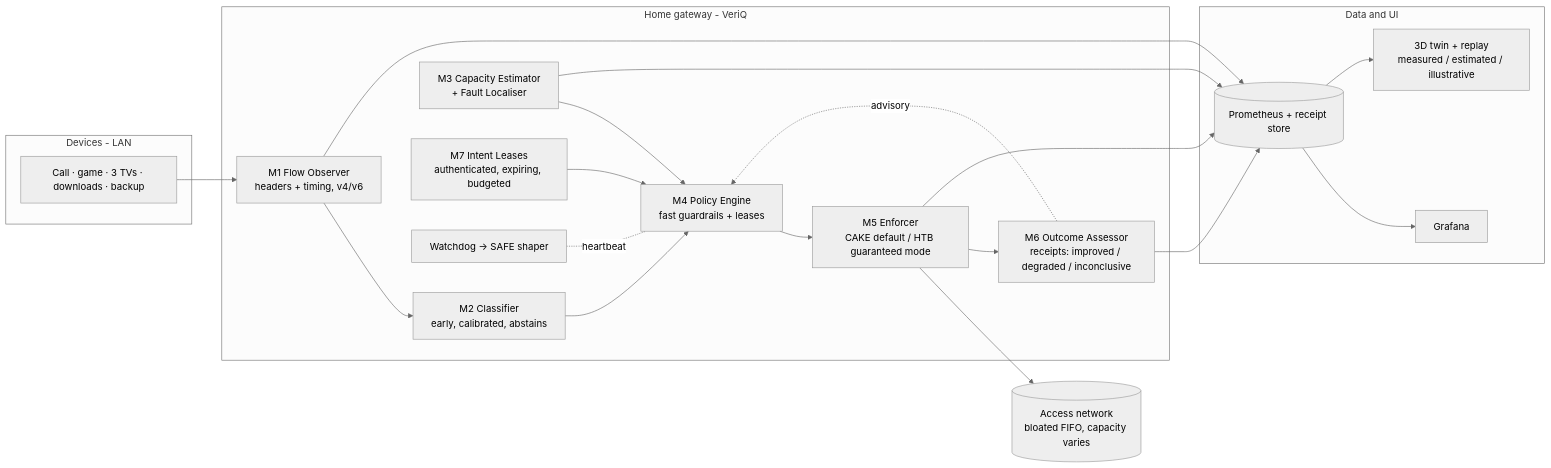
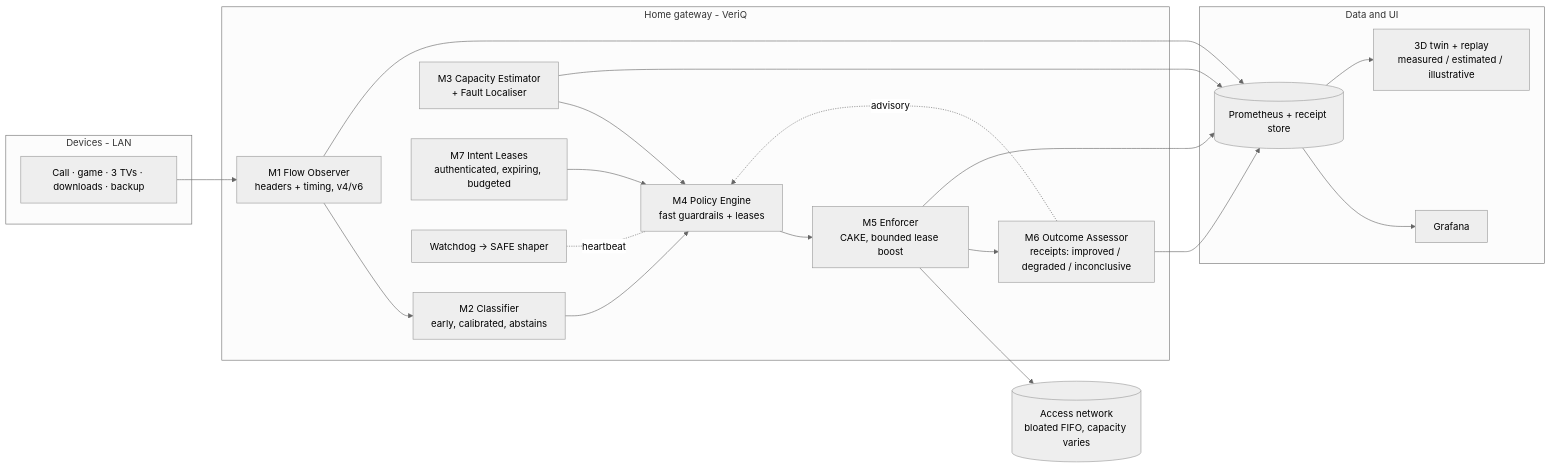
One commit to Imrahul4361/Tata-Elxsi-Teliport changed the diagram in docs/05_Case3_VeriQ_Blueprint.md. Above: the diagram before and after it, drawn with Mermaid (neutral theme). The commit also changed other lines of this file and 8 other files, not shown here.

````diff
--- a/docs/05_Case3_VeriQ_Blueprint.md
+++ b/docs/05_Case3_VeriQ_Blueprint.md
@@ -73,29 +80,29 @@
 ```mermaid
 flowchart LR
   subgraph DEV[Devices - LAN]
     D[Call · game · 3 TVs · downloads · backup]
   end
   subgraph GW[Home gateway - VeriQ]
     O[M1 Flow Observer<br/>headers + timing, v4/v6]
     C[M2 Classifier<br/>early, calibrated, abstains]
     E[M3 Capacity Estimator<br/>+ Fault Localiser]
     P[M4 Policy Engine<br/>fast guardrails + leases]
-    X[M5 Enforcer<br/>CAKE default / HTB guaranteed mode]
+    X[M5 Enforcer<br/>CAKE, bounded lease boost]
     V[M6 Outcome Assessor<br/>receipts: improved / degraded / inconclusive]
     I[M7 Intent Leases<br/>authenticated, expiring, budgeted]
     W[Watchdog → SAFE shaper]
   end
   ISP[(Access network<br/>bloated FIFO, capacity varies)]
   subgraph DATA[Data and UI]
     PR[(Prometheus + receipt store)]
     G[Grafana]
     T[3D twin + replay<br/>measured / estimated / illustrative]
   end
   D --> O --> C --> P
   E --> P --> X --> ISP
   X --> V
   V -. advisory .-> P
   I --> P
   W -. heartbeat .- P
   O & E & X & V --> PR --> G & T
 ```
````
